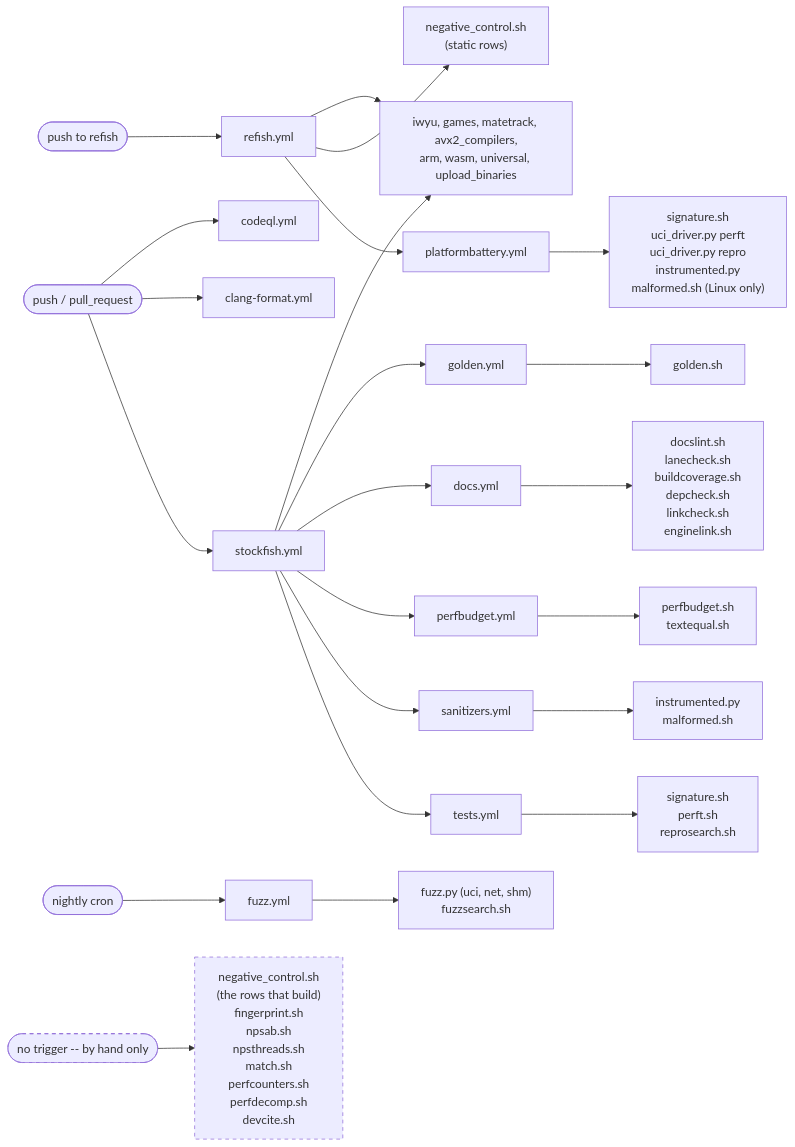
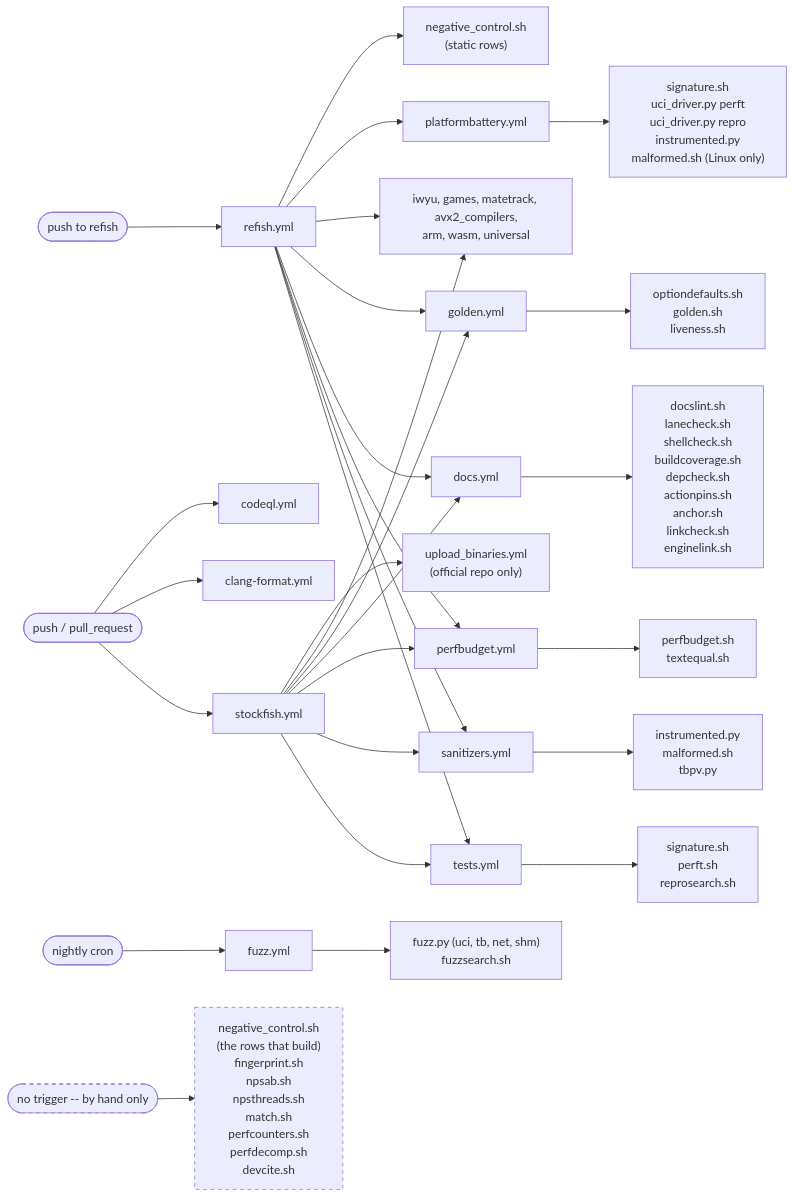
The diagram in docs/10-tooling-ci.md (ppigazzini/Stockfish), drawn with Mermaid before and after one commit. The commit also changed other lines of this file, not shown here.

````diff
--- a/docs/10-tooling-ci.md
+++ b/docs/10-tooling-ci.md
@@ -1907,27 +1912,33 @@
 ```mermaid
 flowchart LR
     P(["push / pull_request"]) --> SF["stockfish.yml"]
     R(["push to refish"]) --> RF["refish.yml"]
     P --> CF["clang-format.yml"]
     P --> CQ["codeql.yml"]
     SF --> T["tests.yml"]
     SF --> SAN["sanitizers.yml"]
     SF --> PB["perfbudget.yml"]
     SF --> D["docs.yml"]
     SF --> GO["golden.yml"]
+    SF --> OTH["iwyu, games, matetrack, avx2_compilers,<br/>arm, wasm, universal"]
+    SF --> UB["upload_binaries.yml<br/>(official repo only)"]
+    RF --> T
+    RF --> SAN
+    RF --> PB
+    RF --> D
+    RF --> GO
+    RF --> OTH
     RF --> PBAT["platformbattery.yml"]
+    RF --> NC["negative_control.sh<br/>(static rows)"]
     PBAT --> G8["signature.sh<br/>uci_driver.py perft<br/>uci_driver.py repro<br/>instrumented.py<br/>malformed.sh (Linux only)"]
-    SF --> OTH["iwyu, games, matetrack, avx2_compilers,<br/>arm, wasm, universal, upload_binaries"]
     N(["nightly cron"]) --> FZ["fuzz.yml"]
     T --> G1["signature.sh<br/>perft.sh<br/>reprosearch.sh"]
-    D --> G5["docslint.sh<br/>lanecheck.sh<br/>buildcoverage.sh<br/>depcheck.sh<br/>linkcheck.sh<br/>enginelink.sh"]
-    GO --> G6["golden.sh"]
-    FZ --> G7["fuzz.py (uci, net, shm)<br/>fuzzsearch.sh"]
-    SAN --> G3["instrumented.py<br/>malformed.sh"]
+    D --> G5["docslint.sh<br/>lanecheck.sh<br/>shellcheck.sh<br/>buildcoverage.sh<br/>depcheck.sh<br/>actionpins.sh<br/>anchor.sh<br/>linkcheck.sh<br/>enginelink.sh"]
+    GO --> G6["optiondefaults.sh<br/>golden.sh<br/>liveness.sh"]
+    FZ --> G7["fuzz.py (uci, tb, net, shm)<br/>fuzzsearch.sh"]
+    SAN --> G3["instrumented.py<br/>malformed.sh<br/>tbpv.py"]
     PB --> G4["perfbudget.sh<br/>textequal.sh"]
-    RF --> NC["negative_control.sh<br/>(static rows)"]
-    RF --> OTH
     L(["no trigger -- by hand only"]) --> G2["negative_control.sh<br/>(the rows that build)<br/>fingerprint.sh<br/>npsab.sh<br/>npsthreads.sh<br/>match.sh<br/>perfcounters.sh<br/>perfdecomp.sh<br/>devcite.sh"]
     style G2 stroke-dasharray: 5 5
     style L stroke-dasharray: 5 5
 ```
````
